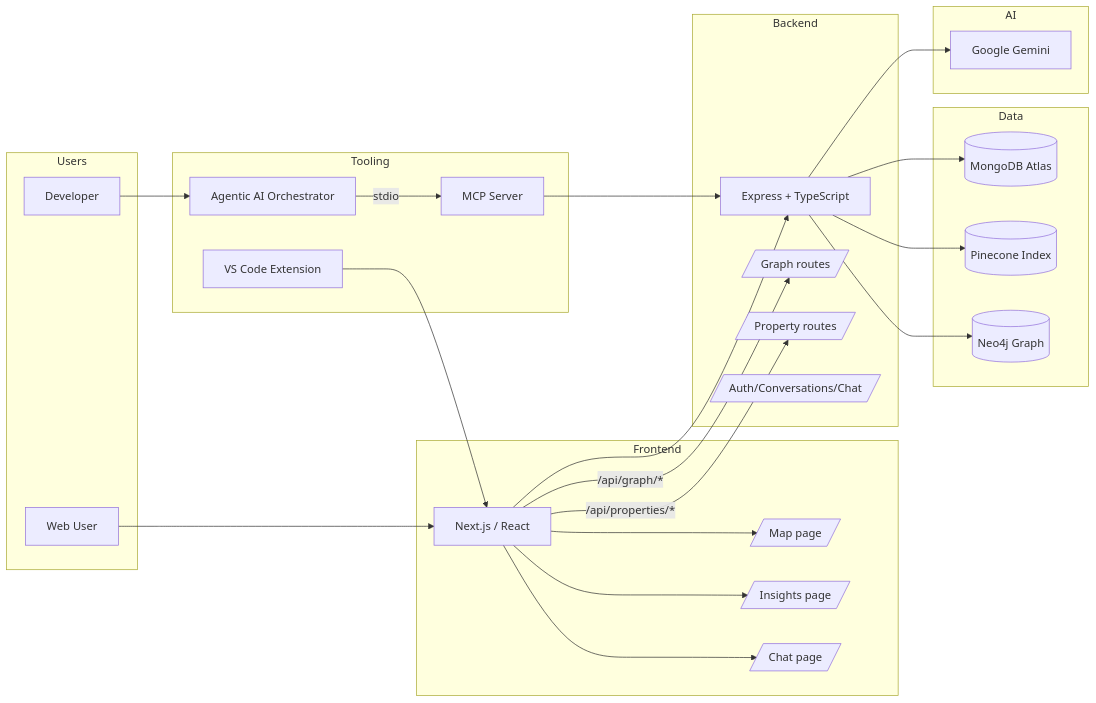
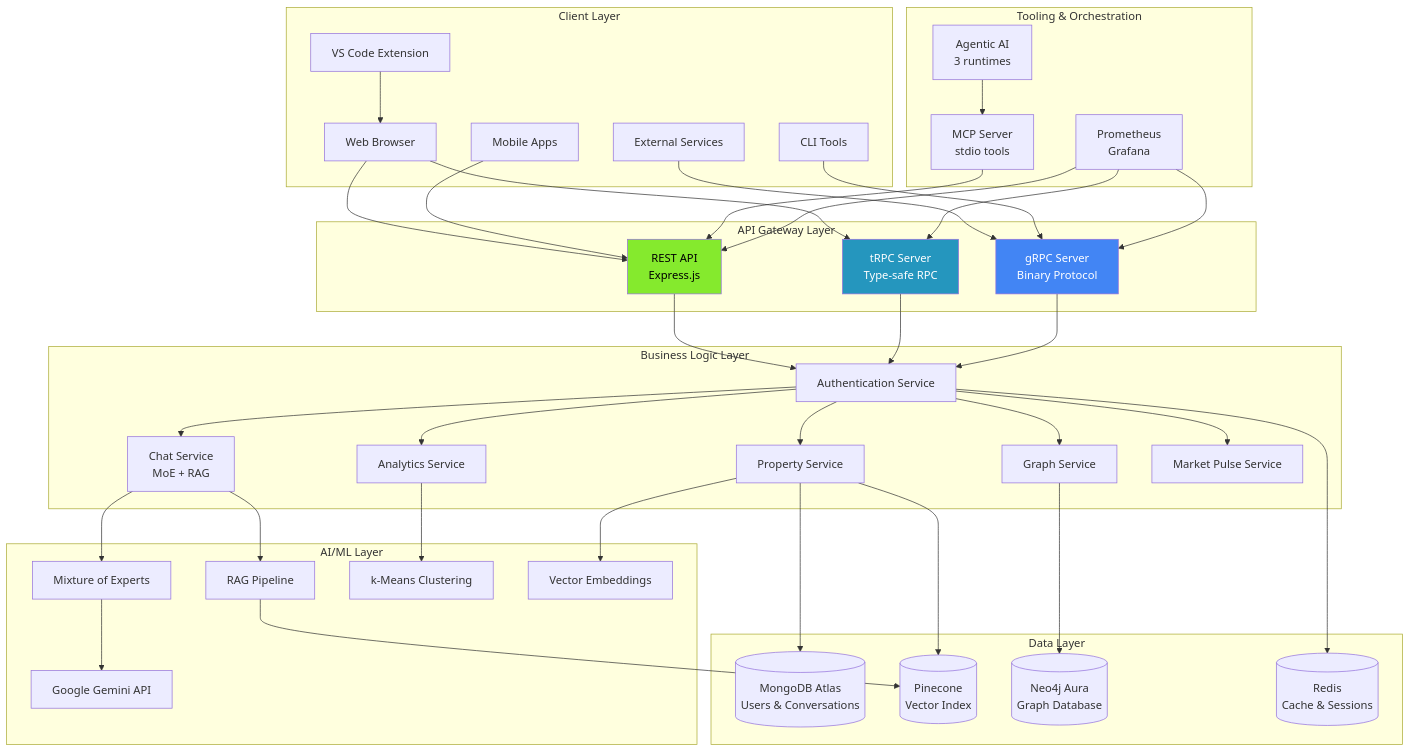
Before and after one commit to joonseolee/EstateWise-Chapel-Hill-Chatbot: the first of 27 diagrams in ARCHITECTURE.md, drawn with Mermaid. The commit also changed other lines of this file and 2 other files, not shown here.

Commit message:
feat(ci-cd): enhance CI/CD & deployment DevOps & add RPC support

````diff
--- a/ARCHITECTURE.md
+++ b/ARCHITECTURE.md
@@ -9,45 +9,86 @@
 ```mermaid
-flowchart LR
-  subgraph Users
-    U[Web User]
-    Dev[Developer]
-  end
-  subgraph Frontend
-    FE[Next.js / React]
-    Map[/Map page/]
-    Insights[/Insights page/]
-    Chat[/Chat page/]
-  end
-  subgraph Backend
-    API[Express + TypeScript]
-    GraphAPI[/Graph routes/]
-    PropAPI[/Property routes/]
-    AuthAPI[/Auth/Conversations/Chat/]
-  end
-  subgraph Data
-    Mongo[(MongoDB Atlas)]
-    Pinecone[(Pinecone Index)]
-    Neo4j[(Neo4j Graph)]
-  end
-  subgraph AI
-    Gemini[Google Gemini]
-  end
-  subgraph Tooling
-    MCP[MCP Server]
-    Agentic[Agentic AI Orchestrator]
-    VSX[VS Code Extension]
+flowchart TB
+  subgraph "Client Layer"
+    Web[Web Browser]
+    Mobile[Mobile Apps]
+    VSCode[VS Code Extension]
+    CLI[CLI Tools]
+    Services[External Services]
   end
 
-  U --> FE --> API
-  FE -->|/api/graph/*| GraphAPI
-  FE -->|/api/properties/*| PropAPI
-  API --> Mongo
-  API --> Pinecone
-  API --> Neo4j
-  API --> Gemini
-  Dev --> Agentic -->|stdio| MCP --> API
-  VSX --> FE
-  FE --> Map
-  FE --> Insights
-  FE --> Chat
+  subgraph "API Gateway Layer"
+    REST[REST API<br/>Express.js]
+    TRPC[tRPC Server<br/>Type-safe RPC]
+    GRPC[gRPC Server<br/>Binary Protocol]
+  end
+
+  subgraph "Business Logic Layer"
+    Auth[Authentication Service]
+    Chat[Chat Service<br/>MoE + RAG]
+    Property[Property Service]
+    Analytics[Analytics Service]
+    Graph[Graph Service]
+    Market[Market Pulse Service]
+  end
+
+  subgraph "AI/ML Layer"
+    Gemini[Google Gemini API]
+    MoE[Mixture of Experts]
+    RAG[RAG Pipeline]
+    Clustering[k-Means Clustering]
+    Embeddings[Vector Embeddings]
+  end
+
+  subgraph "Data Layer"
+    MongoDB[(MongoDB Atlas<br/>Users & Conversations)]
+    Pinecone[(Pinecone<br/>Vector Index)]
+    Neo4j[(Neo4j Aura<br/>Graph Database)]
+    Redis[(Redis<br/>Cache & Sessions)]
+  end
+
+  subgraph "Tooling & Orchestration"
+    MCP[MCP Server<br/>stdio tools]
+    Agentic[Agentic AI<br/>3 runtimes]
+    Monitoring[Prometheus<br/>Grafana]
+  end
+
+  Web --> REST
+  Web --> TRPC
+  Mobile --> REST
+  Services --> GRPC
+  CLI --> GRPC
+  VSCode --> Web
+
+  REST --> Auth
+  TRPC --> Auth
+  GRPC --> Auth
+
+  Auth --> Chat
+  Auth --> Property
+  Auth --> Analytics
+  Auth --> Graph
+  Auth --> Market
+
+  Chat --> MoE
+  Chat --> RAG
+  Property --> Embeddings
+  Analytics --> Clustering
+
+  MoE --> Gemini
+  RAG --> Pinecone
+  Property --> MongoDB
+  Property --> Pinecone
+  Graph --> Neo4j
+  Auth --> Redis
+
+  Agentic --> MCP
+  MCP --> REST
+
+  Monitoring --> REST
+  Monitoring --> TRPC
+  Monitoring --> GRPC
+
+  style REST fill:#85EA2D,color:#000
+  style TRPC fill:#2596BE,color:#fff
+  style GRPC fill:#4285F4,color:#fff
 ```
````
